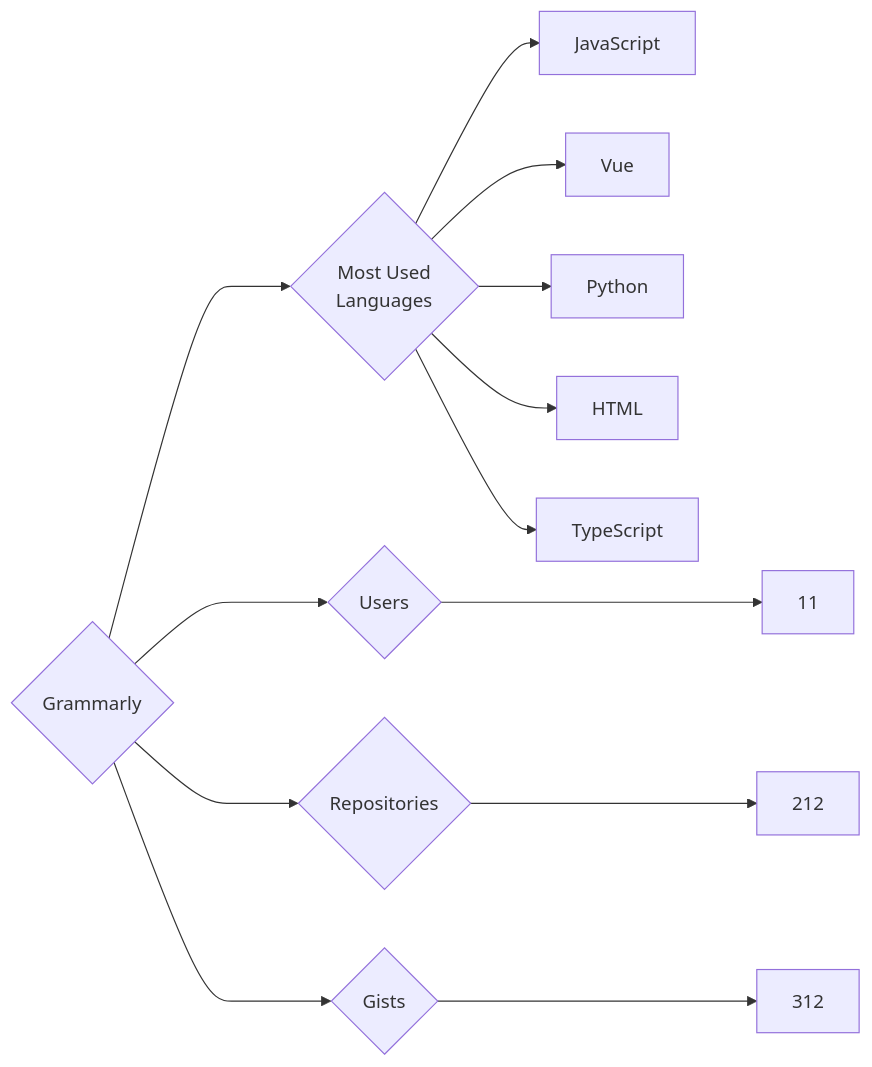
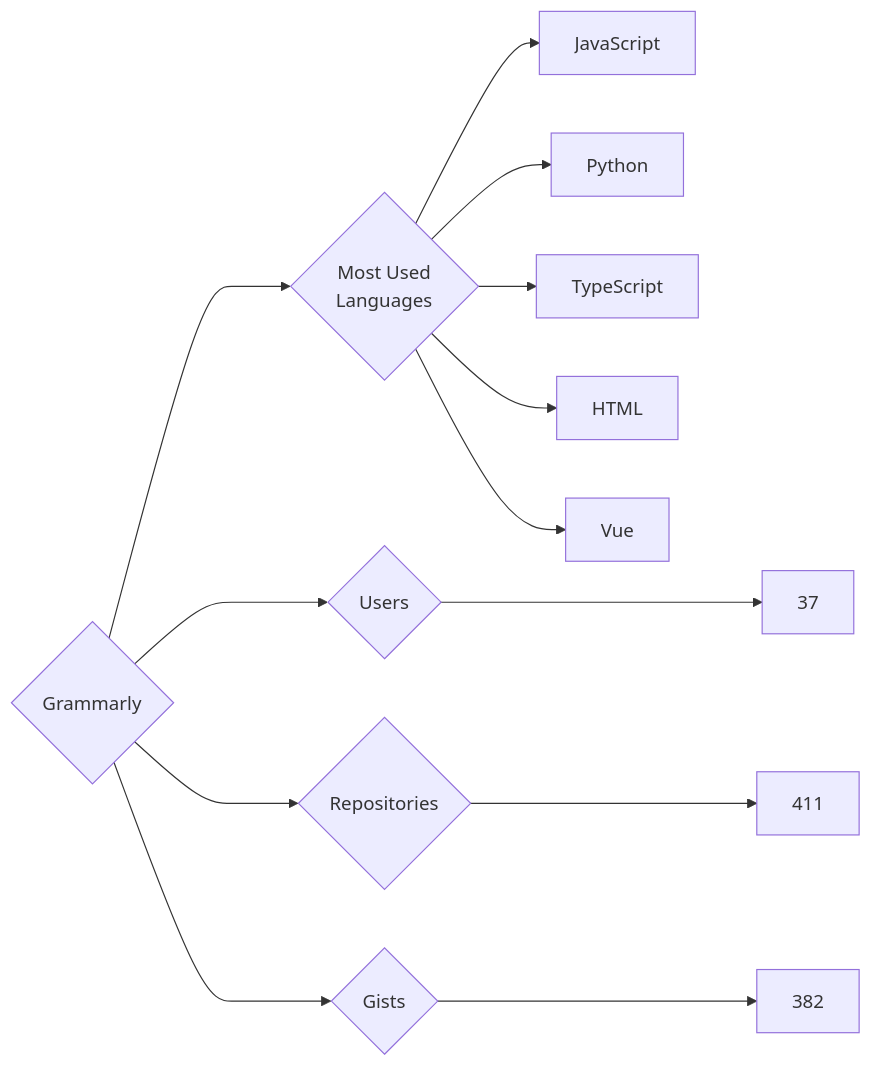
Before and after one commit to trickest/insiders: the diagram in targets/Grammarly/README.md, drawn with Mermaid. The commit also changed 752 other files, not shown here.

````diff
--- a/targets/Grammarly/README.md
+++ b/targets/Grammarly/README.md
@@ -3,13 +3,13 @@
 ```mermaid
 graph LR
 COMPANY_NAME{Grammarly}
-COMPANY_NAME ---> U{Users} ---> UN[11]
-COMPANY_NAME ---> R{Repositories} ---> RN[212]
-COMPANY_NAME ---> G{Gists} ---> GN[312]
+COMPANY_NAME ---> U{Users} ---> UN[37]
+COMPANY_NAME ---> R{Repositories} ---> RN[411]
+COMPANY_NAME ---> G{Gists} ---> GN[382]
 COMPANY_NAME ---> ML{Most Used<br>Languages}
 ML --> JavaScript[JavaScript]
+ML --> Python[Python]
+ML --> TypeScript[TypeScript]
+ML --> HTML[HTML]
 ML --> Vue[Vue]
-ML --> Python[Python]
-ML --> HTML[HTML]
-ML --> TypeScript[TypeScript]
 ```
````
